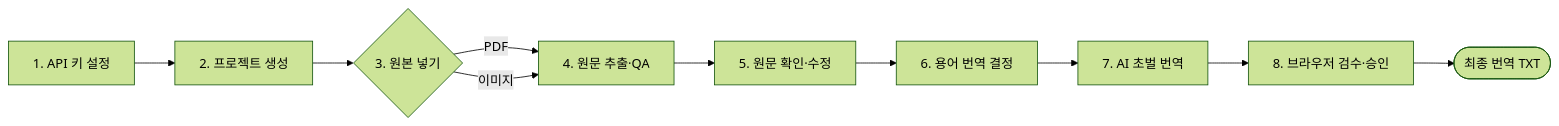
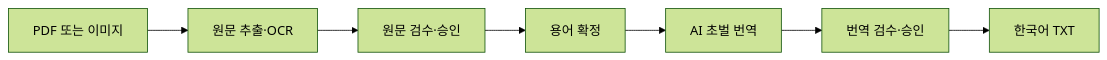
One commit to JJUN777/game-localization-kit changed the diagram in README.md. Above: the diagram before and after it, drawn with Mermaid (forest theme). The commit also changed other lines of this file and 7 other files, not shown here.

````diff
--- a/README.md
+++ b/README.md
@@ -23,12 +13,9 @@
 ```mermaid
 flowchart LR
-    KEY[1. API 키 설정] --> INIT[2. 프로젝트 생성]
-    INIT --> INPUT{3. 원본 넣기}
-    INPUT -->|PDF| RUN[4. 원문 추출·QA]
-    INPUT -->|이미지| RUN
-    RUN --> SOURCE[5. 원문 확인·수정]
-    SOURCE --> TERMS[6. 용어 번역 결정]
-    TERMS --> TRANSLATE[7. AI 초벌 번역]
-    TRANSLATE --> REVIEW[8. 브라우저 검수·승인]
-    REVIEW --> OUTPUT([최종 번역 TXT])
+    INPUT[PDF 또는 이미지] --> SOURCE[원문 추출·OCR]
+    SOURCE --> SOURCE_REVIEW[원문 검수·승인]
+    SOURCE_REVIEW --> TERMS[용어 확정]
+    TERMS --> TRANSLATE[AI 초벌 번역]
+    TRANSLATE --> REVIEW[번역 검수·승인]
+    REVIEW --> OUTPUT[한국어 TXT]
 ```
````
